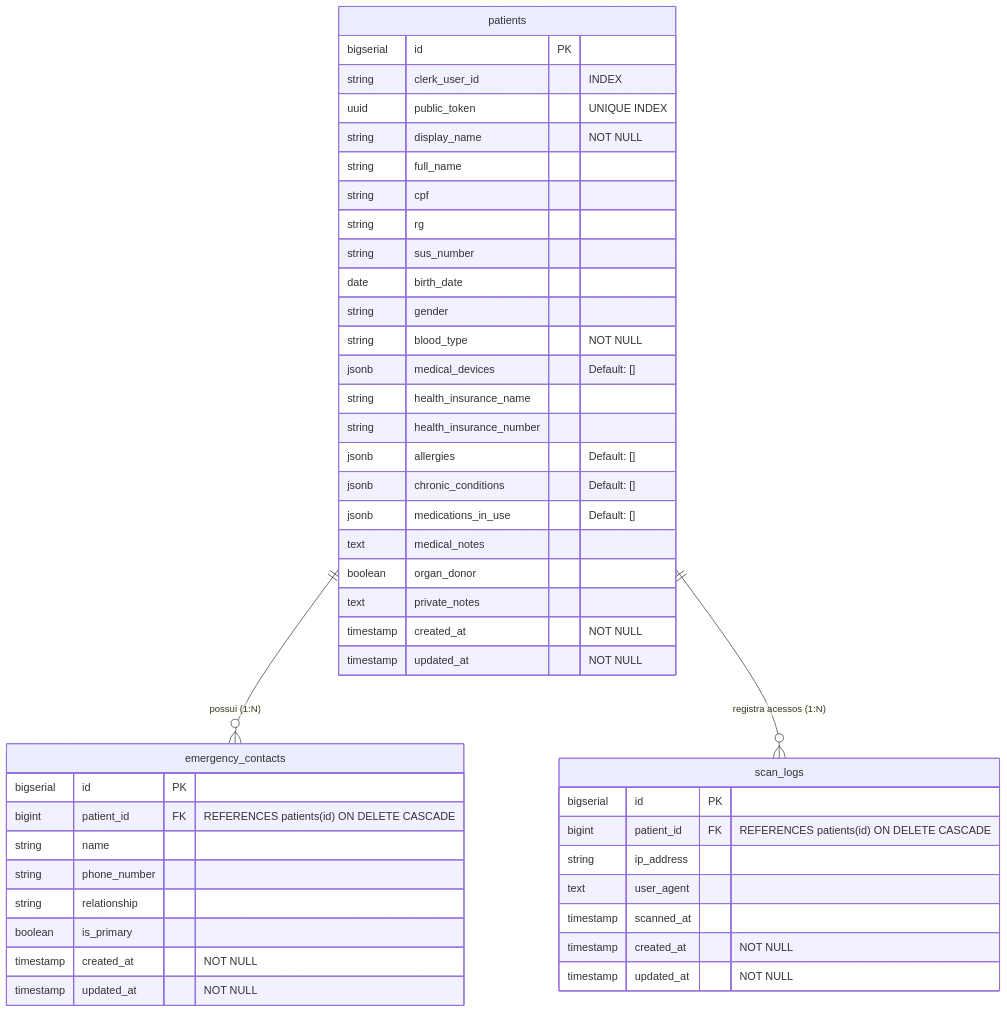
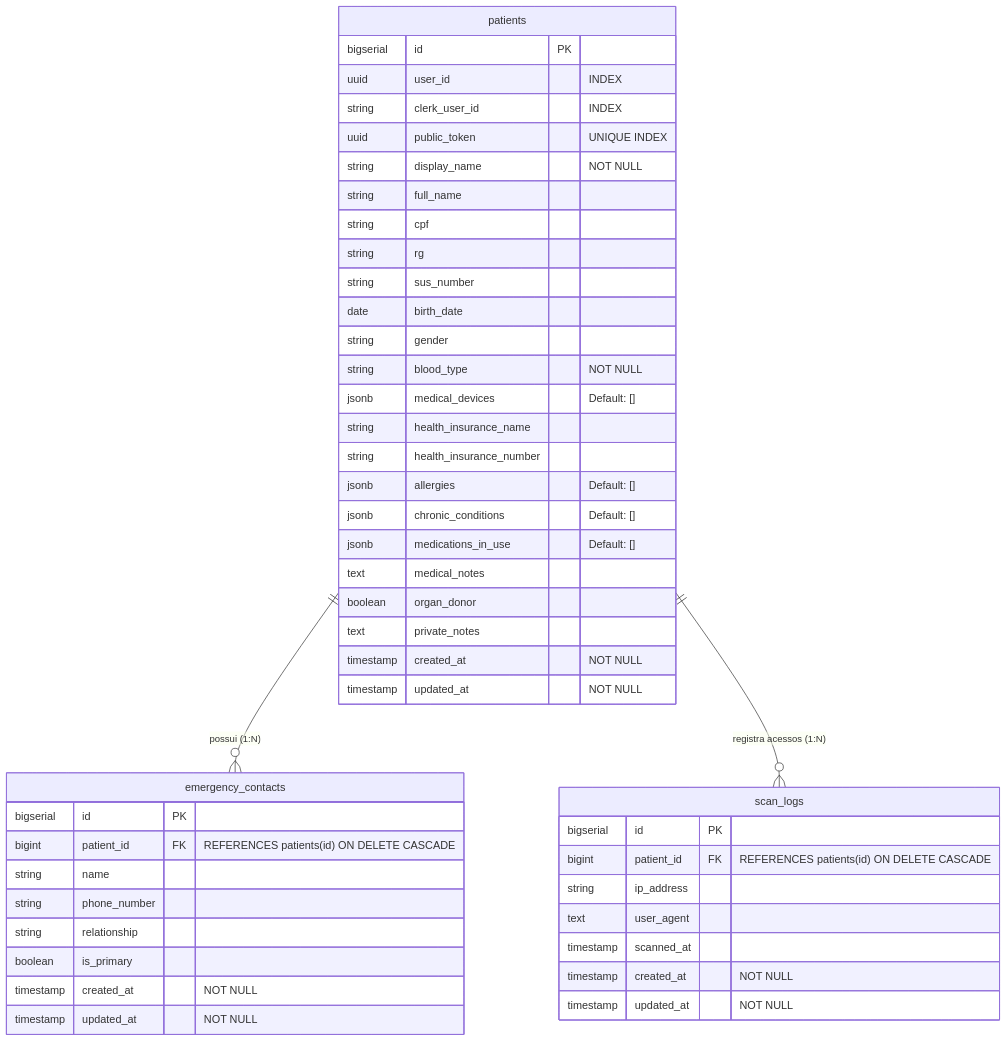
One commit to Giorkryer/sosqr changed the second of 2 diagrams in backend/sosqr-api/BACKEND_SPEC.md. Above: the diagram before and after it, drawn with Mermaid. The commit also changed other lines of this file and 12 other files, not shown here.

````diff
--- a/backend/sosqr-api/BACKEND_SPEC.md
+++ b/backend/sosqr-api/BACKEND_SPEC.md
@@ -174,51 +227,52 @@
 ```mermaid
 erDiagram
     patients ||--o{ emergency_contacts : "possui (1:N)"
     patients ||--o{ scan_logs : "registra acessos (1:N)"
 
     patients {
         bigserial id PK
+        uuid user_id "INDEX"
         string clerk_user_id "INDEX"
         uuid public_token "UNIQUE INDEX"
         string display_name "NOT NULL"
         string full_name
         string cpf
         string rg
         string sus_number
         date birth_date
         string gender
         string blood_type "NOT NULL"
         jsonb medical_devices "Default: []"
         string health_insurance_name
         string health_insurance_number
         jsonb allergies "Default: []"
         jsonb chronic_conditions "Default: []"
         jsonb medications_in_use "Default: []"
         text medical_notes
         boolean organ_donor
         text private_notes
         timestamp created_at "NOT NULL"
         timestamp updated_at "NOT NULL"
     }
 
     emergency_contacts {
         bigserial id PK
         bigint patient_id FK "REFERENCES patients(id) ON DELETE CASCADE"
         string name
         string phone_number
         string relationship
         boolean is_primary
         timestamp created_at "NOT NULL"
         timestamp updated_at "NOT NULL"
     }
 
     scan_logs {
         bigserial id PK
         bigint patient_id FK "REFERENCES patients(id) ON DELETE CASCADE"
         string ip_address
         text user_agent
         timestamp scanned_at
         timestamp created_at "NOT NULL"
         timestamp updated_at "NOT NULL"
     }
 ```
````
